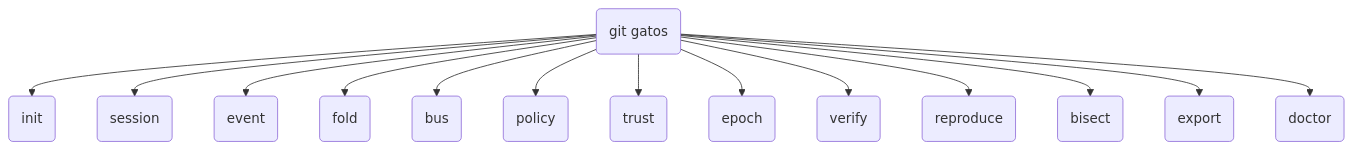
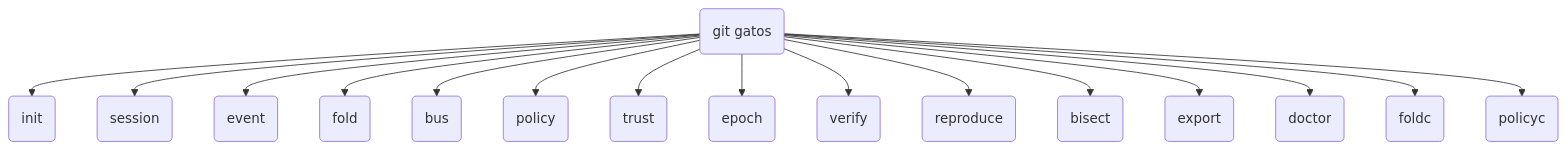
Diagram 18 of 21 in docs/SPEC.md (flyingrobots/gatos), drawn with Mermaid before and after one commit. The commit also changed other lines of this file and 6 other files, not shown here.

Commit message:
docs(spec): Q32.32 numeric model (div round-toward-zero), no transcendentals in folds; Policy-Code-Root across proofs and trailers; CLI adds foldc/policyc; Explorer-Root binds state_root; bus semantics clarify at-least-once only; JWT auth default for resolver

````diff
--- a/docs/SPEC.md
+++ b/docs/SPEC.md
@@ -682,16 +686,18 @@
 ```mermaid
 graph TD
     A(git gatos) --> B(init);
     A --> C(session);
     A --> D(event);
     A --> E(fold);
     A --> F(bus);
     A --> G(policy);
     A --> H(trust);
     A --> I(epoch);
     A --> J(verify);
     A --> K(reproduce);
     A --> L(bisect);
     A --> M(export);
     A --> N(doctor);
+    A --> O(foldc);
+    A --> P(policyc);
 ```
````
